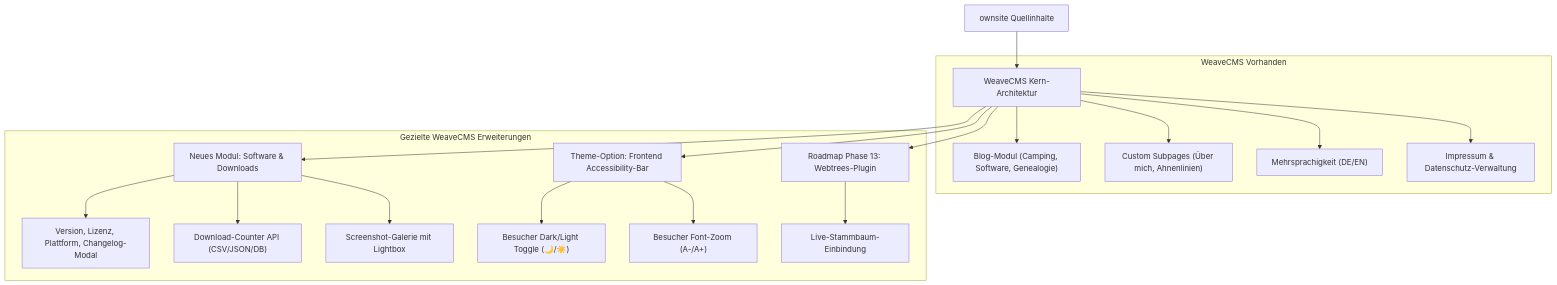
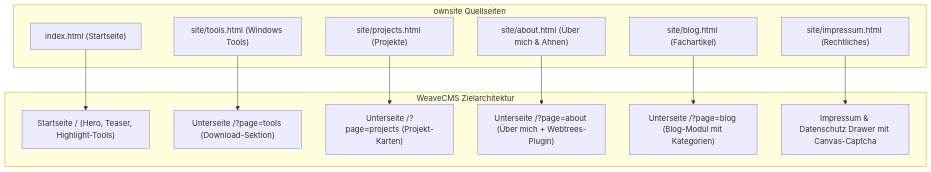
Before and after one commit to Vulfharban/WeaveCMS: the diagram in libs/docs/ownsite_migration_analysis.md, drawn with Mermaid. The commit also changed other lines of this file, not shown here.

Commit message:
docs: update ownsite migration analysis post Phase 19 (100% feasibility confirmed)

````diff
--- a/libs/docs/ownsite_migration_analysis.md
+++ b/libs/docs/ownsite_migration_analysis.md
@@ -177,25 +123,27 @@
 ```mermaid
 graph TD
-    A["ownsite Quellinhalte"] --> B["WeaveCMS Kern-Architektur"]
-    
-    subgraph WeaveCMS Vorhanden
-        B --> C["Blog-Modul (Camping, Software, Genealogie)"]
-        B --> D["Custom Subpages (Über mich, Ahnenlinien)"]
-        B --> E["Mehrsprachigkeit (DE/EN)"]
-        B --> F["Impressum & Datenschutz-Verwaltung"]
+    subgraph ownsite Quellseiten
+        O1["index.html (Startseite)"]
+        O2["site/tools.html (Windows Tools)"]
+        O3["site/projects.html (Projekte)"]
+        O4["site/about.html (Über mich & Ahnen)"]
+        O5["site/blog.html (Fachartikel)"]
+        O6["site/impressum.html (Rechtliches)"]
     end
 
-    subgraph Gezielte WeaveCMS Erweiterungen
-        B --> G["Neues Modul: Software & Downloads"]
-        G --> G1["Version, Lizenz, Plattform, Changelog-Modal"]
-        G --> G2["Download-Counter API (CSV/JSON/DB)"]
-        G --> G3["Screenshot-Galerie mit Lightbox"]
-        
-        B --> H["Theme-Option: Frontend Accessibility-Bar"]
-        H --> H1["Besucher Dark/Light Toggle (🌙/☀️)"]
-        H --> H2["Besucher Font-Zoom (A-/A+)"]
-        
-        B --> I["Roadmap Phase 13: Webtrees-Plugin"]
-        I --> I1["Live-Stammbaum-Einbindung"]
+    subgraph WeaveCMS Zielarchitektur
+        W1["Startseite / (Hero, Teaser, Highlight-Tools)"]
+        W2["Unterseite /?page=tools (Download-Sektion)"]
+        W3["Unterseite /?page=projects (Projekt-Karten)"]
+        W4["Unterseite /?page=about (Über mich + Webtrees-Plugin)"]
+        W5["Unterseite /?page=blog (Blog-Modul mit Kategorien)"]
+        W6["Impressum & Datenschutz Drawer mit Canvas-Captcha"]
     end
+
+    O1 --> W1
+    O2 --> W2
+    O3 --> W3
+    O4 --> W4
+    O5 --> W5
+    O6 --> W6
 ```
````
